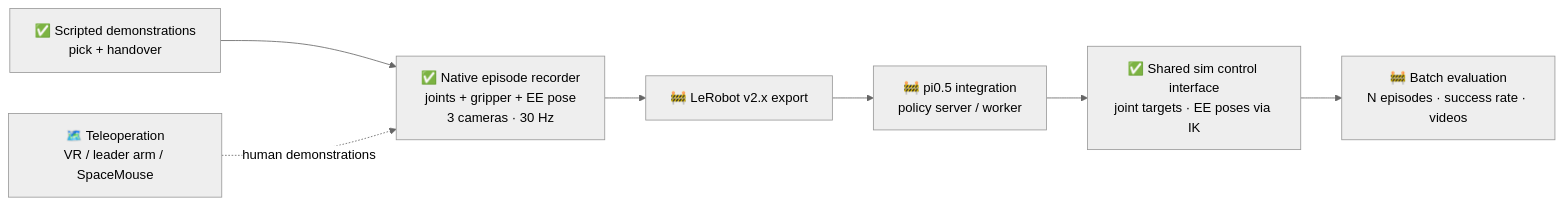
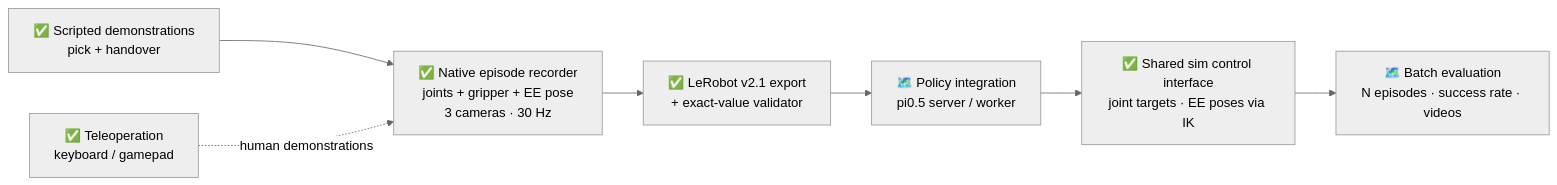
The diagram in README.md (amitgit24/Issac-sim-teleop-eval), drawn with Mermaid (neutral theme) before and after one commit. The commit also changed other lines of this file and 12 other files, not shown here.

Commit message:
Keyboard/gamepad teleoperation with safe workspace clamp and automatic arm reconfiguration

````diff
--- a/README.md
+++ b/README.md
@@ -33,9 +35,9 @@
 ```mermaid
 flowchart LR
     SD["✅ Scripted demonstrations<br/>pick + handover"] --> REC["✅ Native episode recorder<br/>joints + gripper + EE pose<br/>3 cameras · 30 Hz"]
-    TEL["🗺️ Teleoperation<br/>VR / leader arm / SpaceMouse"] -. human demonstrations .-> REC
-    REC --> DATA["🚧 LeRobot v2.x export"]
-    DATA --> POL["🚧 pi0.5 integration<br/>policy server / worker"]
+    TEL["✅ Teleoperation<br/>keyboard / gamepad"] -. human demonstrations .-> REC
+    REC --> DATA["✅ LeRobot v2.1 export<br/>+ exact-value validator"]
+    DATA --> POL["🗺️ Policy integration<br/>pi0.5 server / worker"]
     POL --> SIM["✅ Shared sim control interface<br/>joint targets · EE poses via IK"]
-    SIM --> EVAL["🚧 Batch evaluation<br/>N episodes · success rate · videos"]
+    SIM --> EVAL["🗺️ Batch evaluation<br/>N episodes · success rate · videos"]
 ```
````
